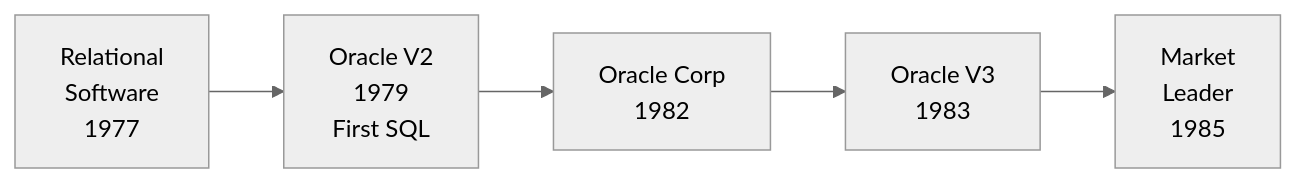
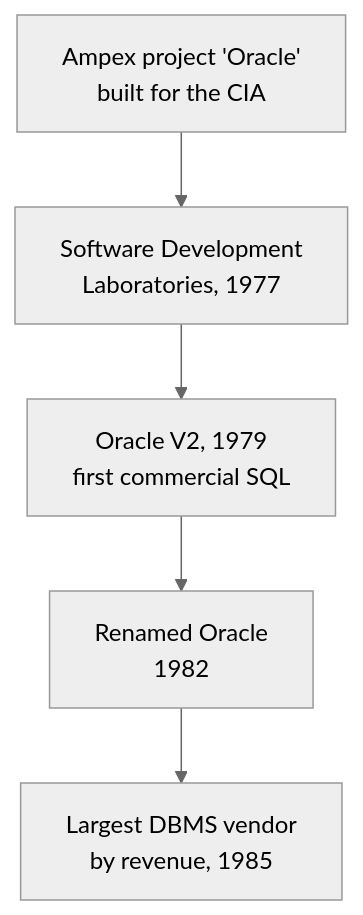
One commit to ufdatastudio/cop5725fa26 changed diagram 11 of 20 in lecture-outlines/day2-database-history/slides.md. Above: the diagram before and after it, drawn with Mermaid (neutral theme). The commit also changed other lines of this file and 1 other file, not shown here.

Commit message:
docs: fix portrait cropping, color day 2 timelines, and add Oracle CIA origin

````diff
--- a/lecture-outlines/day2-database-history/slides.md
+++ b/lecture-outlines/day2-database-history/slides.md
@@ -810,7 +809,7 @@
 ```mermaid
-graph LR
-  RSI["Relational<br/>Software<br/>1977"] --> OV2["Oracle V2<br/>1979<br/>First SQL"]
-  OV2 --> OC["Oracle Corp<br/>1982"]
-  OC --> OV3["Oracle V3<br/>1983"]
-  OV3 --> Lead["Market<br/>Leader<br/>1985"]
+graph TD
+  CIA["Ampex project 'Oracle'<br/>built for the CIA"] --> SDL["Software Development<br/>Laboratories, 1977"]
+  SDL --> OV2["Oracle V2, 1979<br/>first commercial SQL"]
+  OV2 --> OC["Renamed Oracle<br/>1982"]
+  OC --> Lead["Largest DBMS vendor<br/>by revenue, 1985"]
 ```
````
